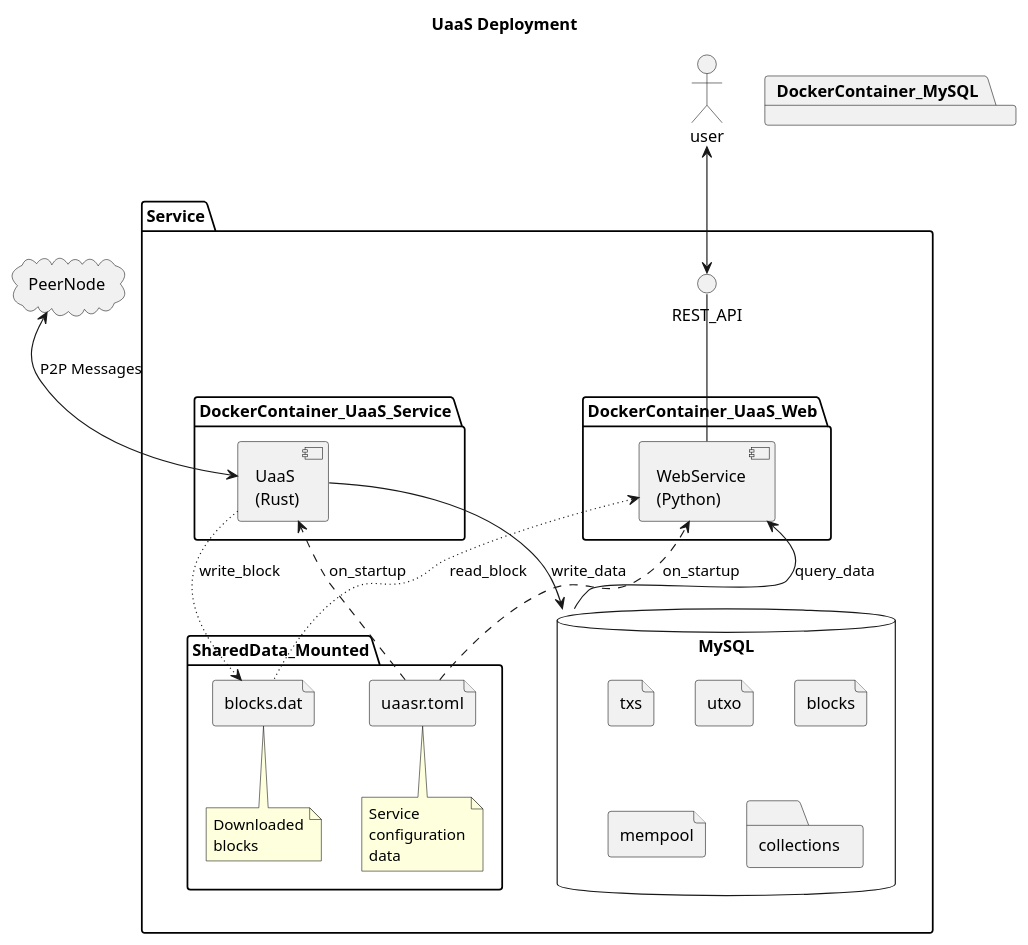
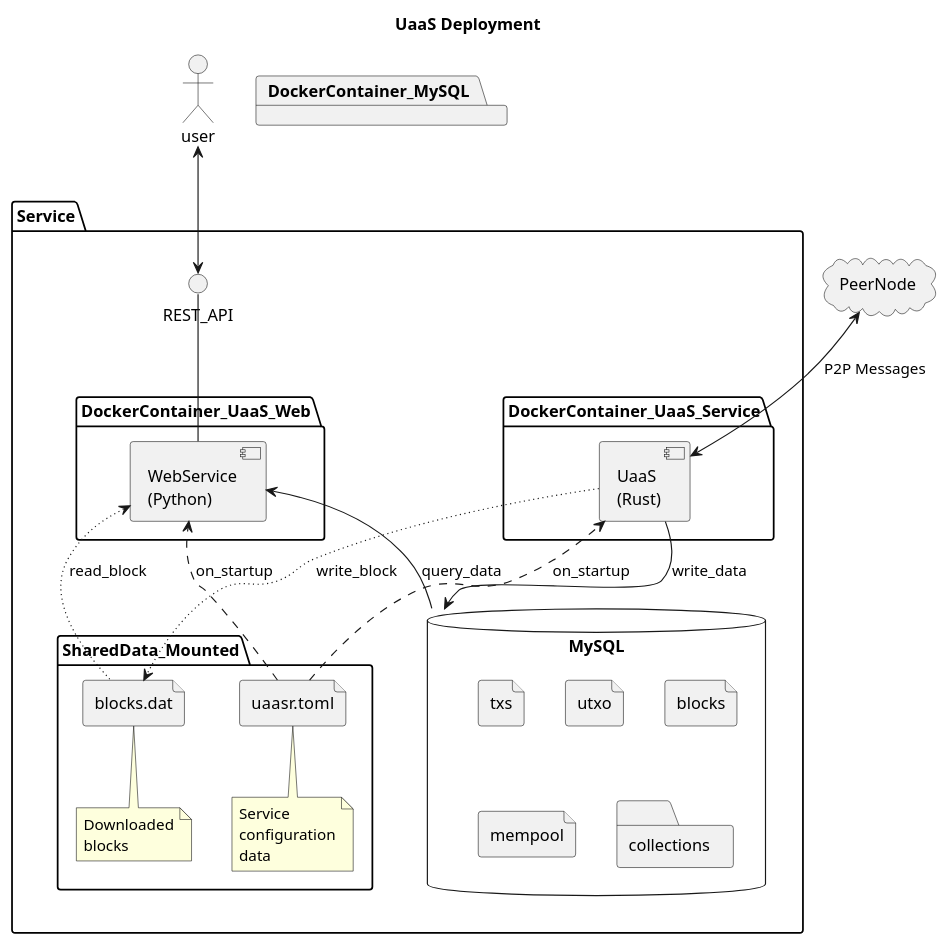
The diagram in docs/diagrams/deployment.puml (nchain-innovation/utxo-as-a-service), drawn with PlantUML before and after one commit. The commit also changed 4 other files, not shown here.

```diff
--- a/docs/diagrams/deployment.puml
+++ b/docs/diagrams/deployment.puml
@@ -1,61 +1,63 @@
 @startuml
 Title UaaS Deployment
 ' left to right direction
 
 actor user
 cloud PeerNode
 
 package Service {
     () "REST_API"
 
     package DockerContainer_UaaS_Web {
         component "WebService\n(Python)" as WebService
     }
 
     user <--> REST_API
     REST_API -- WebService
 
 
     package DockerContainer_UaaS_Service {
         component "UaaS\n(Rust)" as UaaS
     }
+
+    PeerNode <-down-> UaaS: P2P Messages
+
 
     package SharedData_Mounted {
         file blocks.dat
         note bottom
         Downloaded
         blocks
         end note
 
         file uaasr.toml
         note bottom
         Service
         configuration
         data
         end note
     }
 
     uaasr.toml ..> UaaS :on_startup
     uaasr.toml ..> WebService :on_startup
 
     UaaS --> MySQL : write_data
     WebService <-- MySQL : query_data
 
     UaaS ~~> blocks.dat :write_block
     WebService <~~ blocks.dat: read_block
 
-    UaaS <-up-> PeerNode: P2P Messages
 }
 
 package DockerContainer_MySQL {
     database MySQL  {
         file txs
         file utxo
         file blocks
         file mempool
         folder collections
     }
 }
 
 
 @enduml
```
